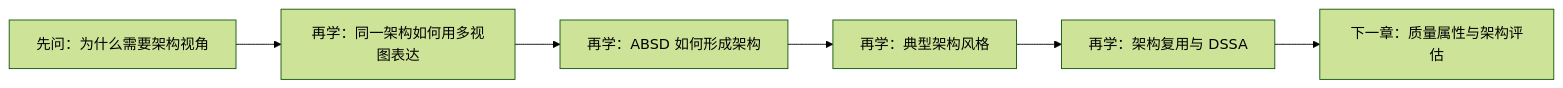
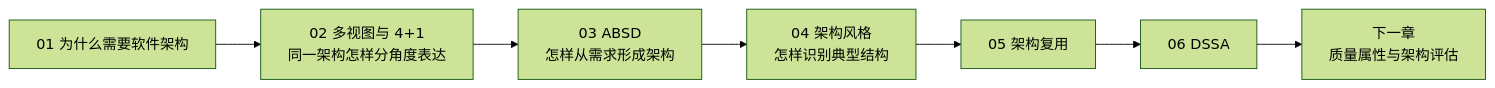
Before and after one commit to 74262195/system-architect-notes: the diagram in 01_综合知识/06_软件架构设计/软件架构设计索引.md, drawn with Mermaid (forest theme). The commit also changed other lines of this file and 3 other files, not shown here.

Commit message:
feat: audit and expand software architecture views

````diff
--- a/01_综合知识/06_软件架构设计/软件架构设计索引.md
+++ b/01_综合知识/06_软件架构设计/软件架构设计索引.md
@@ -62,8 +63,9 @@
 ```mermaid
 flowchart LR
-    A["先问：为什么需要架构视角"] --> B["再学：同一架构如何用多视图表达"]
-    B --> C["再学：ABSD 如何形成架构"]
-    C --> D["再学：典型架构风格"]
-    D --> E["再学：架构复用与 DSSA"]
-    E --> F["下一章：质量属性与架构评估"]
+    A["01 为什么需要软件架构"] --> B["02 多视图与 4+1<br/>同一架构怎样分角度表达"]
+    B --> C["03 ABSD<br/>怎样从需求形成架构"]
+    C --> D["04 架构风格<br/>怎样识别典型结构"]
+    D --> E["05 架构复用"]
+    E --> F["06 DSSA"]
+    F --> G["下一章<br/>质量属性与架构评估"]
 ```
````
